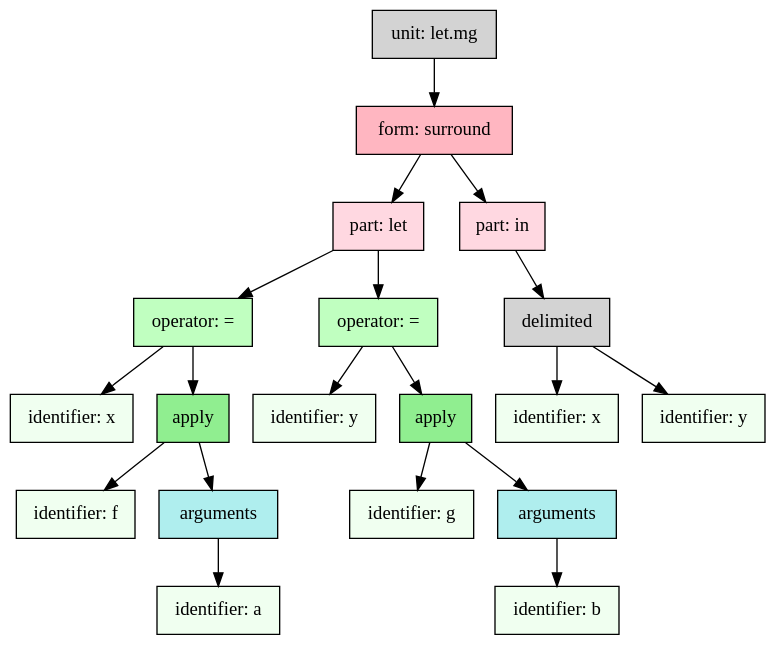
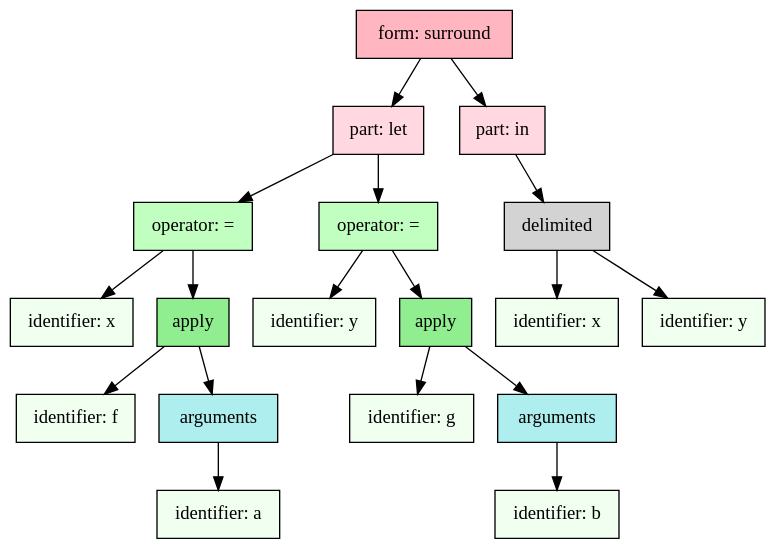
The second of 2 diagrams in docs/let.md (monogram-project/monogram), drawn with Graphviz before and after one commit. The commit also changed other lines of this file and 10 other files, not shown here.

````diff
--- a/docs/let.md
+++ b/docs/let.md
@@ -298,43 +292,41 @@
 ```dot
 digraph G {
   bgcolor="transparent";
   node [shape="box", style="filled", fontname="Ubuntu Mono"];
-  "node_0xc000114870" [label="unit: let.mg", shape="box", fillcolor="lightgray"];
   "node_0xc0001147e0" [label="form: surround", shape="box", fillcolor="lightpink"];
-  "node_0xc000114870" -> "node_0xc0001147e0";
   "node_0xc000114630" [label="part: let", shape="box", fillcolor="#FFD8E1"];
   "node_0xc0001147e0" -> "node_0xc000114630";
   "node_0xc0001143c0" [label="operator: =", shape="box", fillcolor="#C0FFC0"];
   "node_0xc000114630" -> "node_0xc0001143c0";
   "node_0xc000114210" [label="identifier: x", shape="box", fillcolor="Honeydew"];
   "node_0xc0001143c0" -> "node_0xc000114210";
   "node_0xc000114360" [label="apply", shape="box", fillcolor="lightgreen"];
   "node_0xc0001143c0" -> "node_0xc000114360";
   "node_0xc000114270" [label="identifier: f", shape="box", fillcolor="Honeydew"];
   "node_0xc000114360" -> "node_0xc000114270";
   "node_0xc000114300" [label="arguments", shape="box", fillcolor="PaleTurquoise"];
   "node_0xc000114360" -> "node_0xc000114300";
   "node_0xc0001142d0" [label="identifier: a", shape="box", fillcolor="Honeydew"];
   "node_0xc000114300" -> "node_0xc0001142d0";
   "node_0xc0001145d0" [label="operator: =", shape="box", fillcolor="#C0FFC0"];
   "node_0xc000114630" -> "node_0xc0001145d0";
   "node_0xc000114420" [label="identifier: y", shape="box", fillcolor="Honeydew"];
   "node_0xc0001145d0" -> "node_0xc000114420";
   "node_0xc000114570" [label="apply", shape="box", fillcolor="lightgreen"];
   "node_0xc0001145d0" -> "node_0xc000114570";
   "node_0xc000114480" [label="identifier: g", shape="box", fillcolor="Honeydew"];
   "node_0xc000114570" -> "node_0xc000114480";
   "node_0xc000114510" [label="arguments", shape="box", fillcolor="PaleTurquoise"];
   "node_0xc000114570" -> "node_0xc000114510";
   "node_0xc0001144e0" [label="identifier: b", shape="box", fillcolor="Honeydew"];
   "node_0xc000114510" -> "node_0xc0001144e0";
   "node_0xc0001147b0" [label="part: in", shape="box", fillcolor="#FFD8E1"];
   "node_0xc0001147e0" -> "node_0xc0001147b0";
   "node_0xc000114750" [label="delimited", shape="box", fillcolor="lightgray"];
   "node_0xc0001147b0" -> "node_0xc000114750";
   "node_0xc000114690" [label="identifier: x", shape="box", fillcolor="Honeydew"];
   "node_0xc000114750" -> "node_0xc000114690";
   "node_0xc0001146f0" [label="identifier: y", shape="box", fillcolor="Honeydew"];
   "node_0xc000114750" -> "node_0xc0001146f0";
 }
 ```
````
